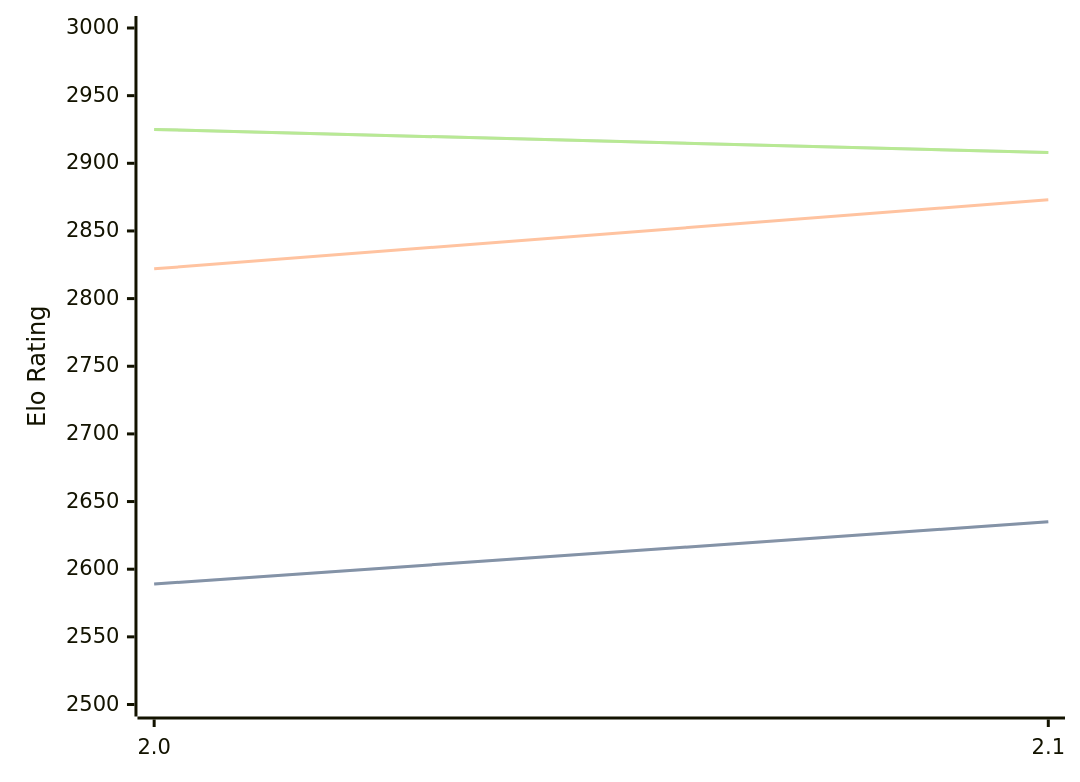
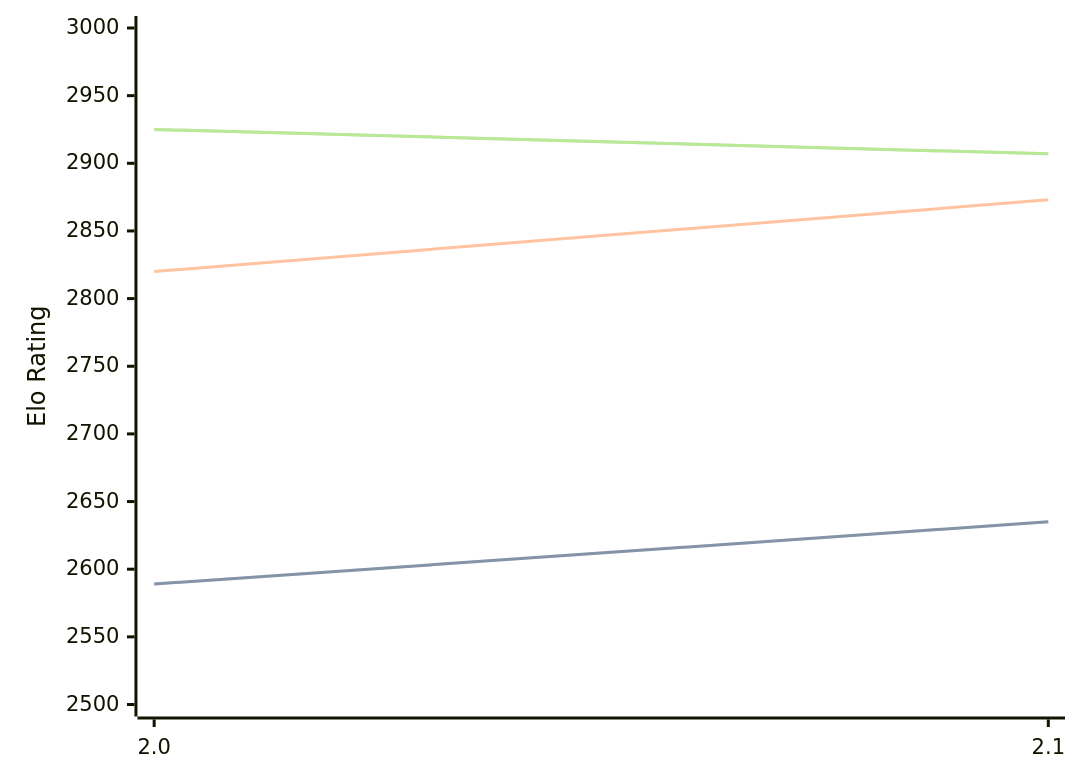
The diagram in engines/Noggin.md (computer-chess-index/cci), drawn with Mermaid before and after one commit. The commit also changed other lines of this file, not shown here.

Commit message:
Update CCI Ratings (ELO VLTC) - 2026-07-28

````diff
--- a/engines/Noggin.md
+++ b/engines/Noggin.md
@@ -33,11 +33,11 @@
 ```mermaid
 %%{init: {"theme":"base","themeVariables":{"seriesColors:['#a3a3a3','#222221','#faa371']}}}%%
 xychart-beta
   x-axis ["2.0", "2.1"]
   y-axis "Elo Rating" 2500 --> 3000
   line "STC (8.0+0.08s)" [2589, 2635]
   line "STC (8.0+0.08s)" [2589, 2635]
-  line "LTC (60.0+0.60s)" [2822, 2873]
-  line "VLTC (2m24s+1.12s)" [2925, 2908]
-  line "VLTC (2m24s+1.12s)" [2925, 2908]
+  line "LTC (60.0+0.60s)" [2820, 2873]
+  line "VLTC (2m24s+1.12s)" [2925, 2907]
+  line "VLTC (2m24s+1.12s)" [2925, 2907]
 ```
````
